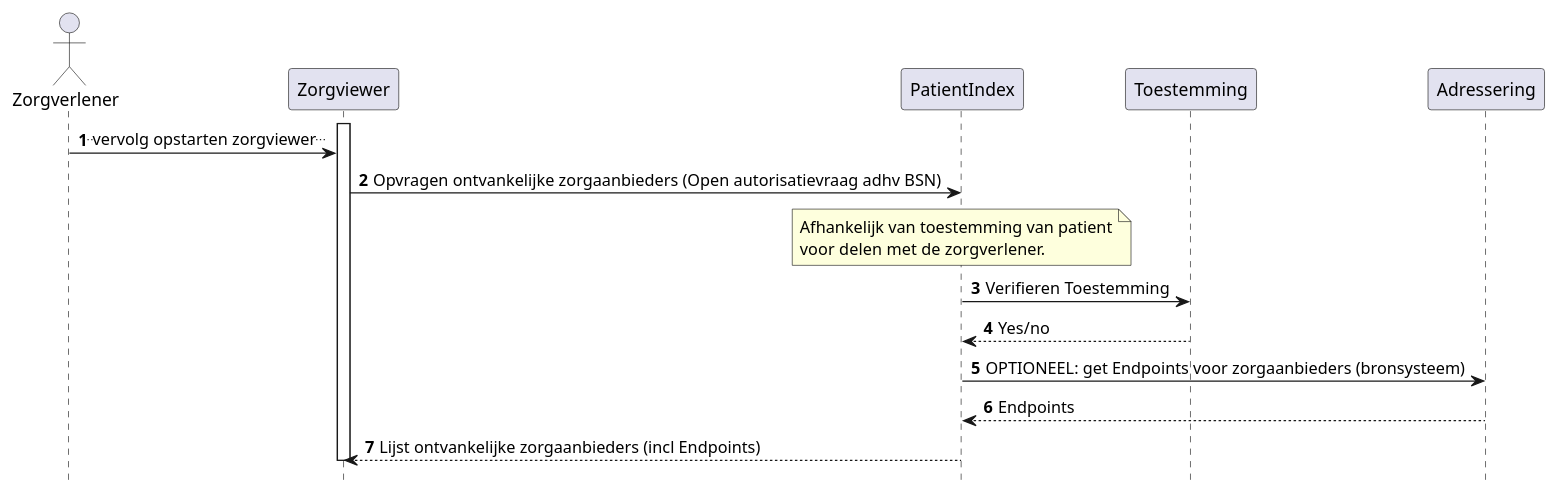
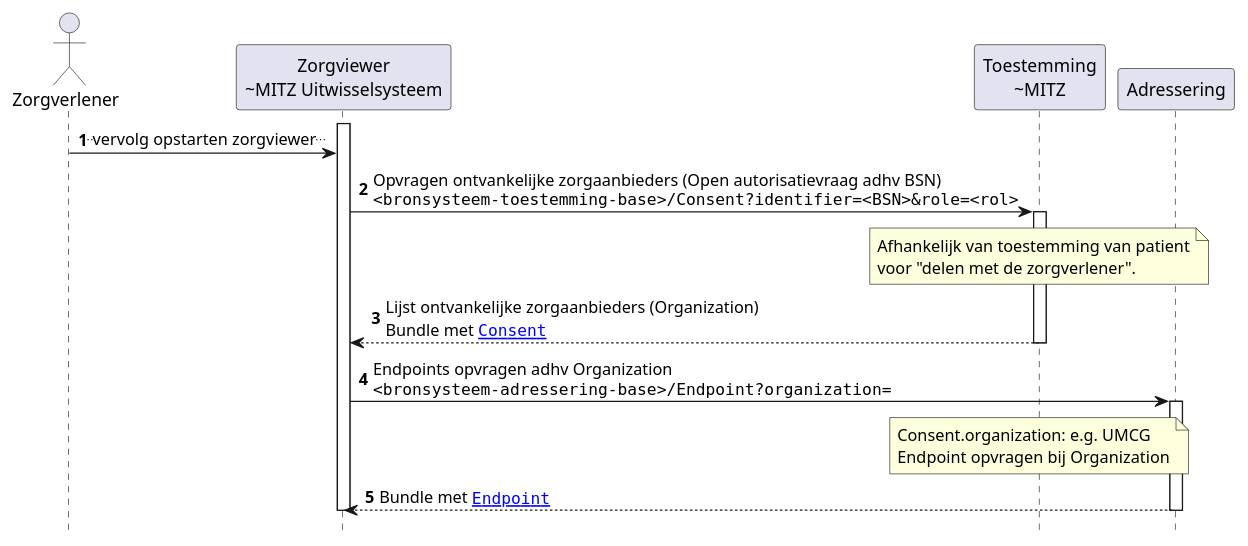
The diagram in input/images-source/Zorgviewer-seq-2.plantuml (RIVO-Noord/zorgviewer-ig), drawn with PlantUML before and after one commit.

```diff
--- a/input/images-source/Zorgviewer-seq-2.plantuml
+++ b/input/images-source/Zorgviewer-seq-2.plantuml
@@ -1,22 +1,29 @@
 @startuml
 hide footbox
 autonumber
 
 actor Zorgverlener
-participant Zorgviewer
-participant PatientIndex
-participant Toestemming
+participant "Zorgviewer\n~MITZ Uitwisselsysteem" as Zorgviewer
+participant "Toestemming\n~MITZ" as Toestemming
 participant Adressering
 
 activate Zorgviewer
 Zorgverlener->Zorgviewer: ..vervolg opstarten zorgviewer..
-Zorgviewer->PatientIndex: Opvragen ontvankelijke zorgaanbieders (Open autorisatievraag adhv BSN)
-note over PatientIndex: Afhankelijk van toestemming van patient\nvoor delen met de zorgverlener.
-PatientIndex->Toestemming: Verifieren Toestemming
-Toestemming-->PatientIndex: Yes/no
-PatientIndex->Adressering: OPTIONEEL: get Endpoints voor zorgaanbieders (bronsysteem)
-Adressering-->PatientIndex: Endpoints
-PatientIndex-->Zorgviewer: Lijst ontvankelijke zorgaanbieders (incl Endpoints)
+Zorgviewer->Toestemming: Opvragen ontvankelijke zorgaanbieders (Open autorisatievraag adhv BSN)\n""<bronsysteem-toestemming-base>/Consent?identifier=<BSN>&role=<rol>""
+note over Toestemming: Afhankelijk van toestemming van patient\nvoor "delen met de zorgverlener".
+activate Toestemming
+Toestemming-->Zorgviewer: Lijst ontvankelijke zorgaanbieders (Organization)\nBundle met ""[[StructureDefinition-Consent.html Consent]]""
+deactivate Toestemming
+
+Zorgviewer->Adressering: Endpoints opvragen adhv Organization\n""<bronsysteem-adressering-base>/Endpoint?organization=""
+note over Toestemming
+  Consent.organization: e.g. UMCG
+  Endpoint opvragen bij Organization
+end note
+activate Adressering
+Adressering-->Zorgviewer: Bundle met ""[[StructureDefinition-Endpoint.html Endpoint]]""
+deactivate Adressering
+
 deactivate Zorgviewer
 
 @enduml
```
